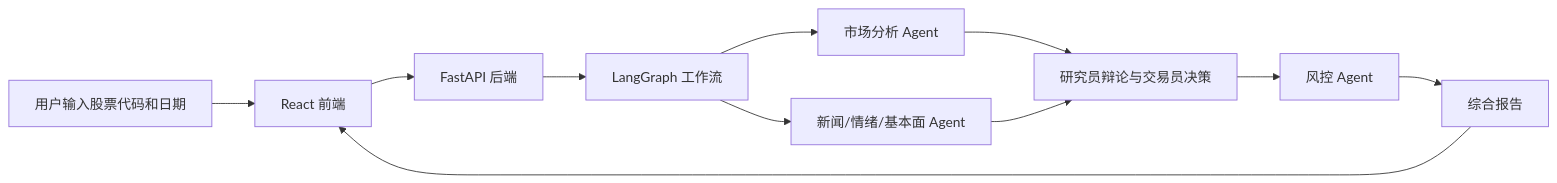
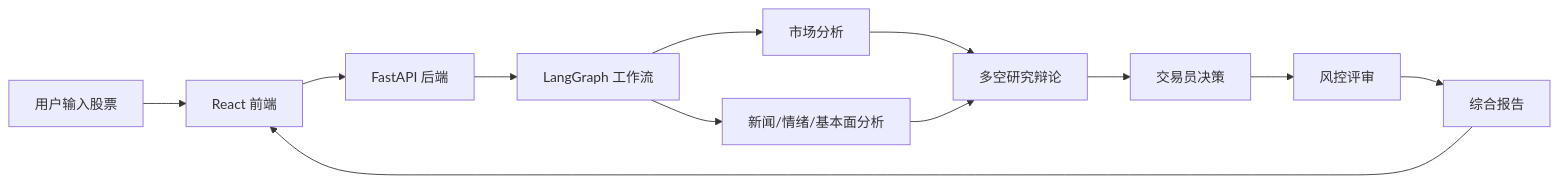
Before and after one commit to killmwang/stock-agent: the diagram in README.md, drawn with Mermaid. The commit also changed other lines of this file and 186 other files, not shown here.

````diff
--- a/README.md
+++ b/README.md
@@ -111,13 +47,14 @@
 ```mermaid
 flowchart LR
-  U["用户输入股票代码和日期"] --> F["React 前端"]
+  U["用户输入股票"] --> F["React 前端"]
   F --> B["FastAPI 后端"]
   B --> G["LangGraph 工作流"]
-  G --> M["市场分析 Agent"]
-  G --> N["新闻/情绪/基本面 Agent"]
-  M --> R["研究员辩论与交易员决策"]
-  N --> R
-  R --> K["风控 Agent"]
-  K --> O["综合报告"]
-  O --> F
+  G --> A1["市场分析"]
+  G --> A2["新闻/情绪/基本面分析"]
+  A1 --> R["多空研究辩论"]
+  A2 --> R
+  R --> T["交易员决策"]
+  T --> K["风控评审"]
+  K --> C["综合报告"]
+  C --> F
 ```
````
